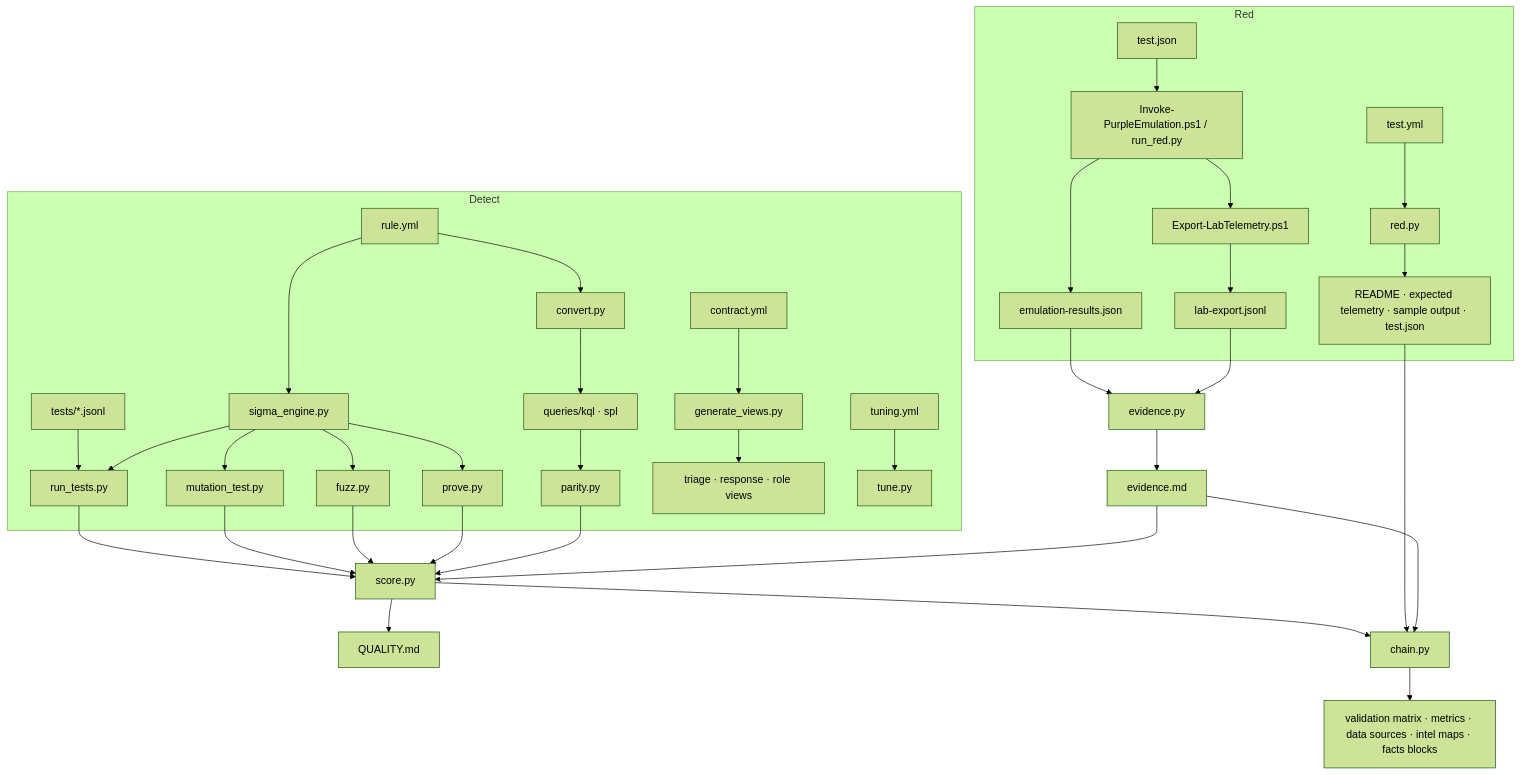
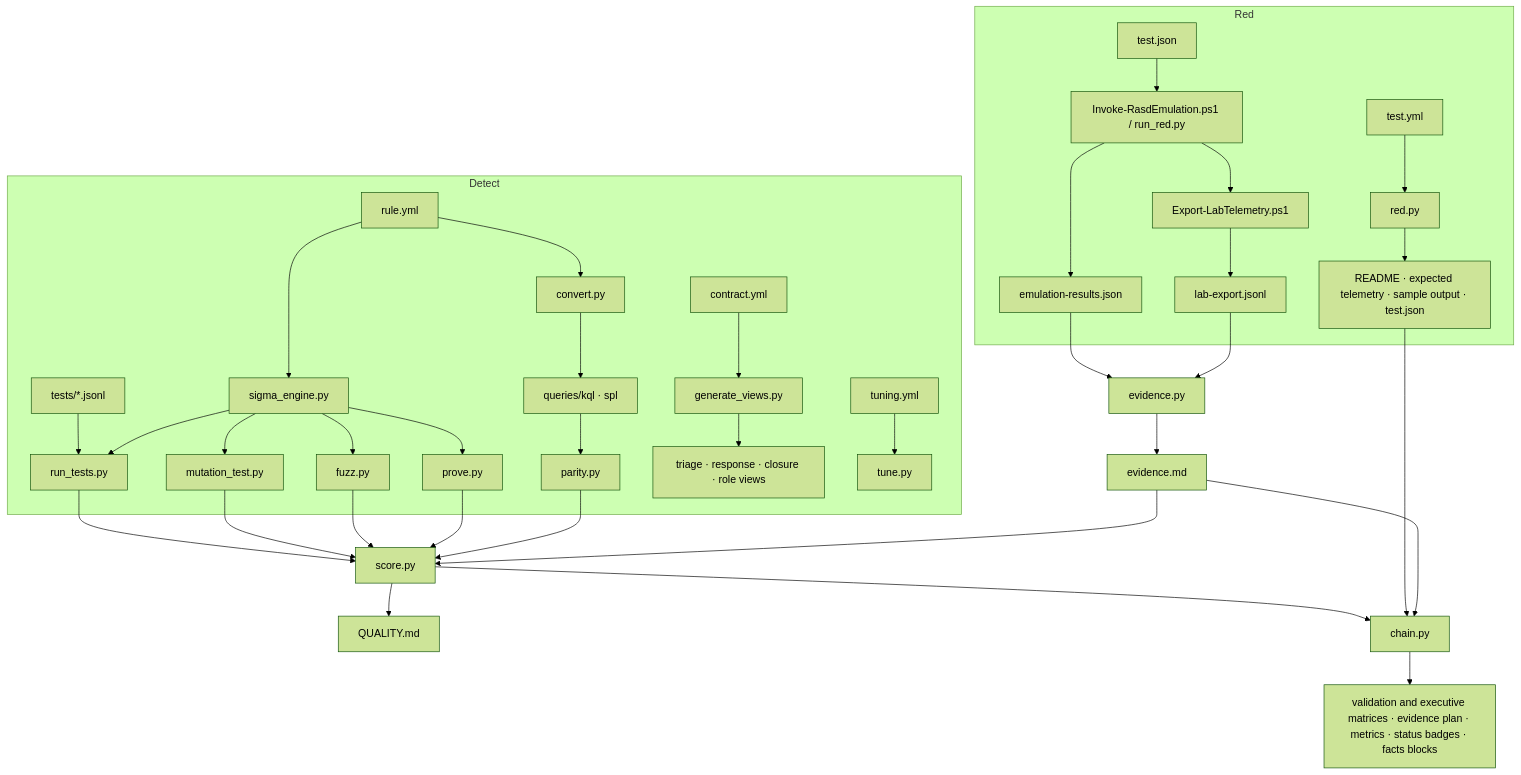
Before and after one commit to engziyad/RASD: the diagram in docs/RASD_ARCHITECTURE.md, drawn with Mermaid (forest theme). The commit also changed other lines of this file and 665 other files, not shown here.

````diff
--- a/docs/RASD_ARCHITECTURE.md
+++ b/docs/RASD_ARCHITECTURE.md
@@ -30,19 +32,19 @@
 ```mermaid
 flowchart TB
     subgraph Red
         TY[test.yml] --> RD[red.py] --> RG[README · expected telemetry · sample output · test.json]
-        TJ[test.json] --> RUN[Invoke-PurpleEmulation.ps1 / run_red.py] --> RES[emulation-results.json]
+        TJ[test.json] --> RUN[Invoke-RasdEmulation.ps1 / run_red.py] --> RES[emulation-results.json]
         RUN --> EXP[Export-LabTelemetry.ps1] --> LOGS[lab-export.jsonl]
     end
     subgraph Detect
         R[rule.yml] --> E[sigma_engine.py]
         T[tests/*.jsonl] --> RT[run_tests.py]
         E --> RT & MT[mutation_test.py] & FZ[fuzz.py] & PV[prove.py]
         R --> CV[convert.py] --> Q[queries/kql · spl] --> PA[parity.py]
-        C[contract.yml] --> GV[generate_views.py] --> CARDS[triage · response · role views]
+        C[contract.yml] --> GV[generate_views.py] --> CARDS[triage · response · closure · role views]
         TU[tuning.yml] --> TN[tune.py]
     end
     RES & LOGS --> EV[evidence.py] --> EVD[evidence.md]
     RT & MT & FZ & PV & PA & EVD --> SC[score.py] --> QM[QUALITY.md]
-    SC & RG & EVD --> CH[chain.py] --> MX[validation matrix · metrics · data sources · intel maps · facts blocks]
+    SC & RG & EVD --> CH[chain.py] --> MX[validation and executive matrices · evidence plan · metrics · status badges · facts blocks]
 ```
````
